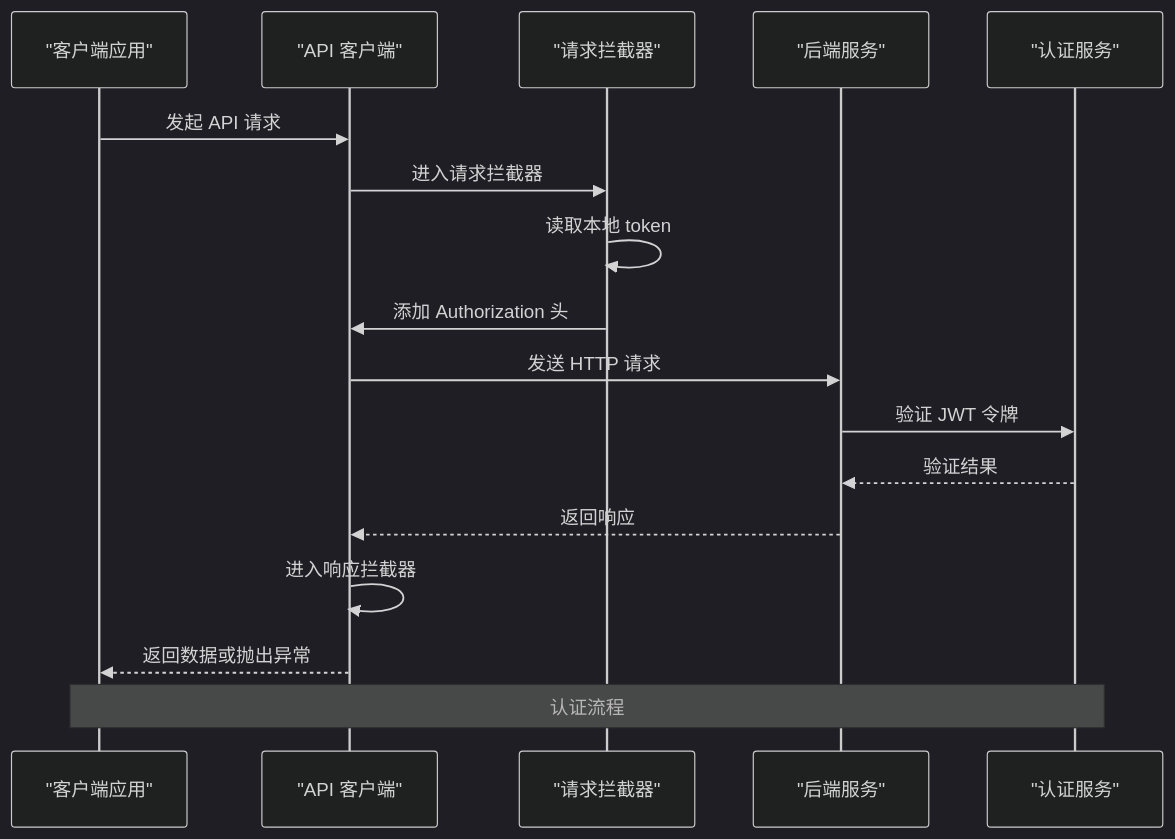
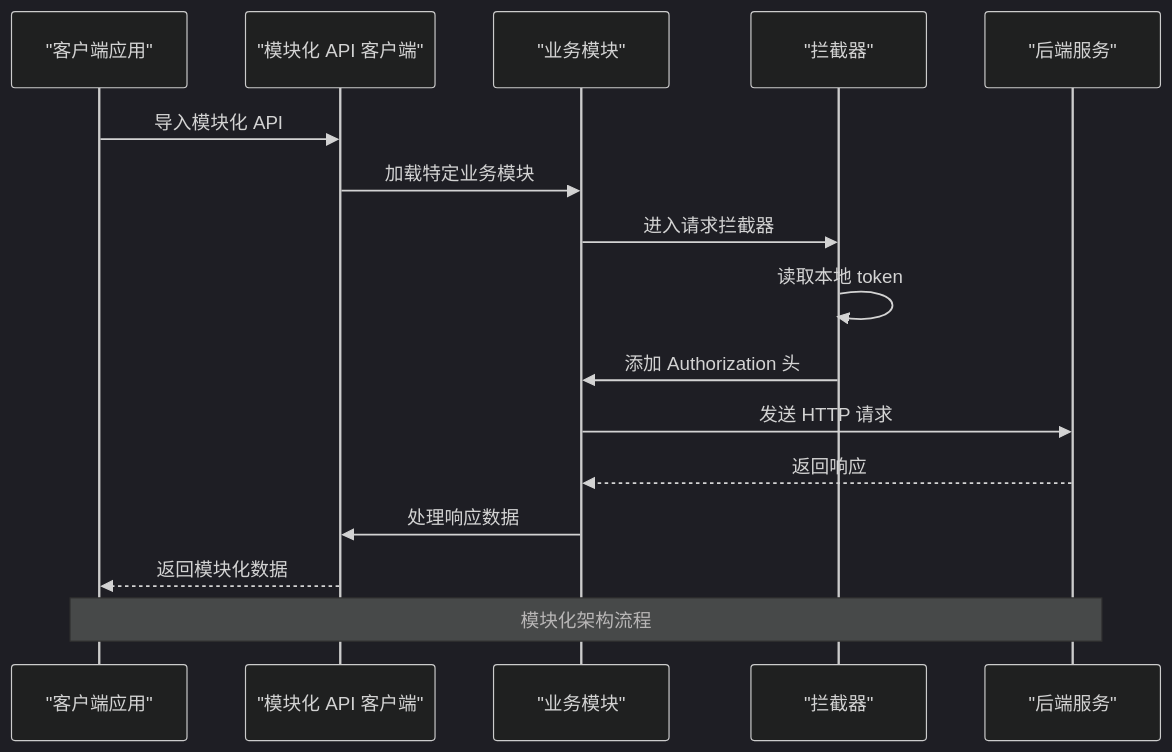
Before and after one commit to gujialind/InvestRing: the second of 8 diagrams in .qoder/repowiki/zh/content/前端应用架构/状态管理策略/API 客户端设计.md, drawn with Mermaid (dark theme). The commit also changed other lines of this file and 39 other files, not shown here.

````diff
--- a/.qoder/repowiki/zh/content/前端应用架构/状态管理策略/API 客户端设计.md
+++ b/.qoder/repowiki/zh/content/前端应用架构/状态管理策略/API 客户端设计.md
@@ -130,19 +182,18 @@
 ```mermaid
 sequenceDiagram
 participant Client as "客户端应用"
-participant API as "API 客户端"
-participant Interceptor as "请求拦截器"
+participant API as "模块化 API 客户端"
+participant Module as "业务模块"
+participant Interceptor as "拦截器"
 participant Backend as "后端服务"
-participant Auth as "认证服务"
-Client->>API : 发起 API 请求
-API->>Interceptor : 进入请求拦截器
+Client->>API : 导入模块化 API
+API->>Module : 加载特定业务模块
+Module->>Interceptor : 进入请求拦截器
 Interceptor->>Interceptor : 读取本地 token
-Interceptor->>API : 添加 Authorization 头
-API->>Backend : 发送 HTTP 请求
-Backend->>Auth : 验证 JWT 令牌
-Auth-->>Backend : 验证结果
-Backend-->>API : 返回响应
-API->>API : 进入响应拦截器
-API-->>Client : 返回数据或抛出异常
-Note over Client,Auth : 认证流程
+Interceptor->>Module : 添加 Authorization 头
+Module->>Backend : 发送 HTTP 请求
+Backend-->>Module : 返回响应
+Module->>API : 处理响应数据
+API-->>Client : 返回模块化数据
+Note over Client,Backend : 模块化架构流程
 ```
````
